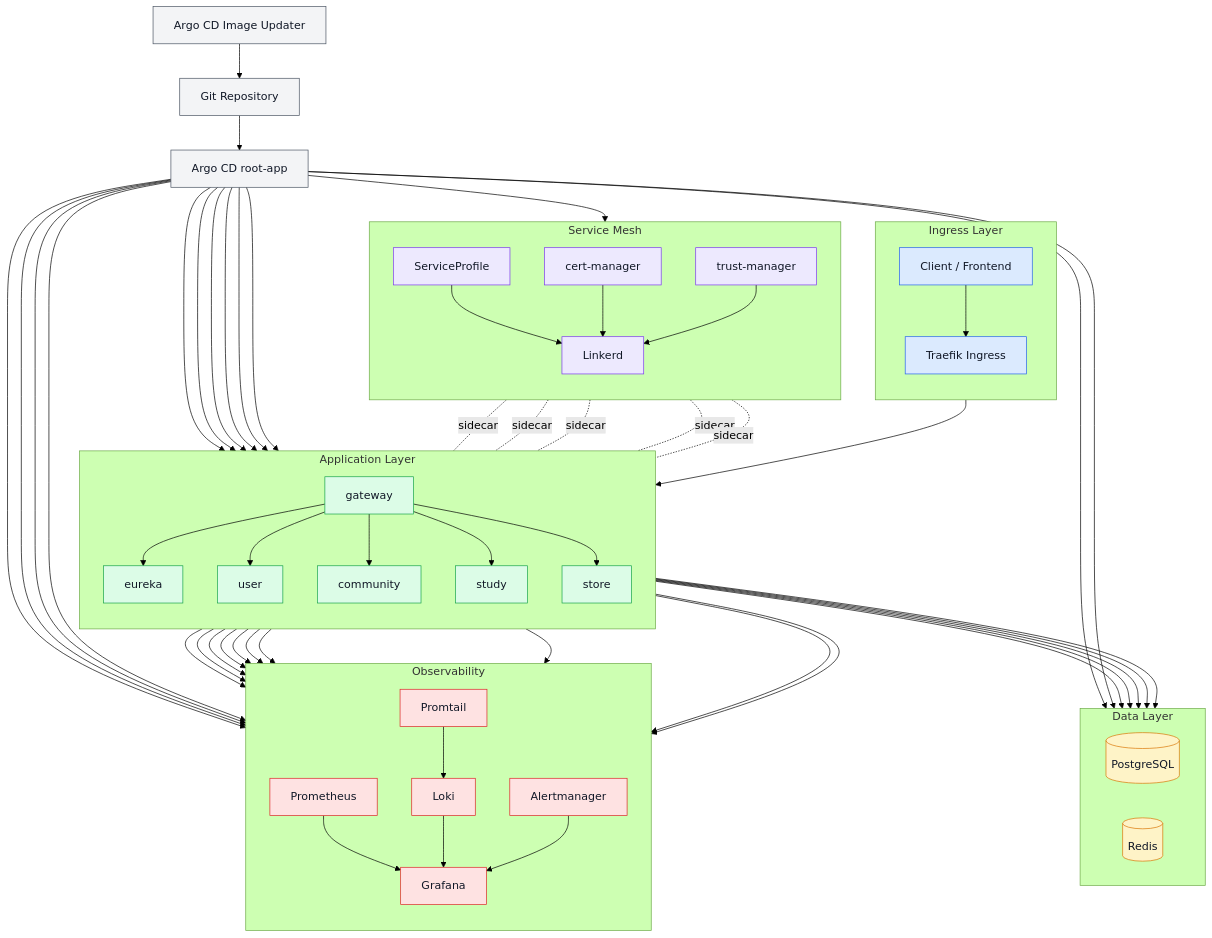
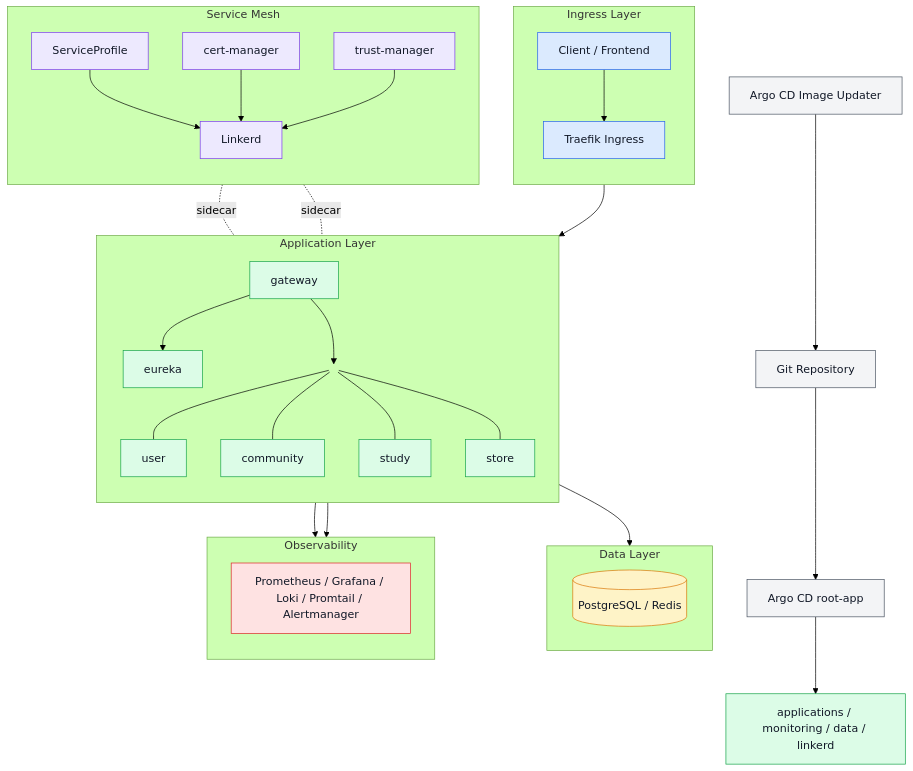
The diagram in README.md (checkMateit/checkmate-kubernetes), drawn with Mermaid (forest theme) before and after one commit.

````diff
--- a/README.md
+++ b/README.md
@@ -16,6 +16,6 @@
 ```mermaid
 flowchart TD
-  classDef gitops fill:#f3f4f6,stroke:#4b5563,color:#111827,stroke-width:1px;
+    classDef gitops fill:#f3f4f6,stroke:#4b5563,color:#111827,stroke-width:1px;
     classDef ingress fill:#dbeafe,stroke:#2563eb,color:#111827,stroke-width:1px;
     classDef app fill:#dcfce7,stroke:#16a34a,color:#111827,stroke-width:1px;
     classDef data fill:#fef3c7,stroke:#d97706,color:#111827,stroke-width:1px;
@@ -40,6 +40,7 @@
         direction TB
         Gateway[gateway]
         Eureka[eureka]
+        AppHub(( ))
         User[user]
         Community[community]
         Study[study]
@@ -47,23 +48,19 @@
 
         Traefik --> Gateway
         Gateway --> Eureka
-        Gateway --> User
-        Gateway --> Community
-        Gateway --> Study
-        Gateway --> Store
+        Gateway --> AppHub
+        AppHub --- User
+        AppHub --- Community
+        AppHub --- Study
+        AppHub --- Store
     end
 
     subgraph Data["Data Layer"]
         direction LR
-        Postgres[(PostgreSQL)]
-        Redis[(Redis)]
+        DataStore[(PostgreSQL / Redis)]
     end
 
-    User --> Postgres
-    User --> Redis
-    Community --> Postgres
-    Study --> Postgres
-    Store --> Postgres
+    AppHub --> DataStore
 
     subgraph Mesh["Service Mesh"]
         direction TB
@@ -74,58 +71,26 @@
     end
 
     Linkerd -. sidecar .- Gateway
-    Linkerd -. sidecar .- User
-    Linkerd -. sidecar .- Community
-    Linkerd -. sidecar .- Study
-    Linkerd -. sidecar .- Store
+    Linkerd -. sidecar .- AppHub
     ServiceProfile --> Linkerd
     CertManager --> Linkerd
     TrustManager --> Linkerd
 
     subgraph Obs["Observability"]
         direction TB
-        Prometheus[Prometheus]
-        Grafana[Grafana]
-        Loki[Loki]
-        Promtail[Promtail]
-        Alertmanager[Alertmanager]
+        Monitoring[Prometheus / Grafana / Loki / Promtail / Alertmanager]
     end
 
-    Gateway --> Prometheus
-    User --> Prometheus
-    Community --> Prometheus
-    Study --> Prometheus
-    Store --> Prometheus
+    Gateway --> Monitoring
+    AppHub --> Monitoring
 
-    Gateway --> Promtail
-    User --> Promtail
-    Community --> Promtail
-    Study --> Promtail
-    Store --> Promtail
-
-    Promtail --> Loki
-    Prometheus --> Grafana
-    Loki --> Grafana
-    Alertmanager --> Grafana
-
-    ArgoCD --> Gateway
-    ArgoCD --> Eureka
-    ArgoCD --> User
-    ArgoCD --> Community
-    ArgoCD --> Study
-    ArgoCD --> Store
-    ArgoCD --> Postgres
-    ArgoCD --> Redis
-    ArgoCD --> Linkerd
-    ArgoCD --> Prometheus
-    ArgoCD --> Grafana
-    ArgoCD --> Loki
-    ArgoCD --> Alertmanager
+    ArgoCD --> Platform[applications / monitoring / data / linkerd]
 
     class Repo,ImageUpdater,ArgoCD gitops;
     class Client,Traefik ingress;
-    class Gateway,Eureka,User,Community,Study,Store app;
-    class Postgres,Redis data;
+    class Gateway,Eureka,User,Community,Study,Store,Platform app;
+    class DataStore data;
     class Linkerd,ServiceProfile,CertManager,TrustManager mesh;
-    class Prometheus,Grafana,Loki,Promtail,Alertmanager obs;
+    class Monitoring obs;
+    style AppHub fill:transparent,stroke:transparent,color:transparent;
 ```
````
